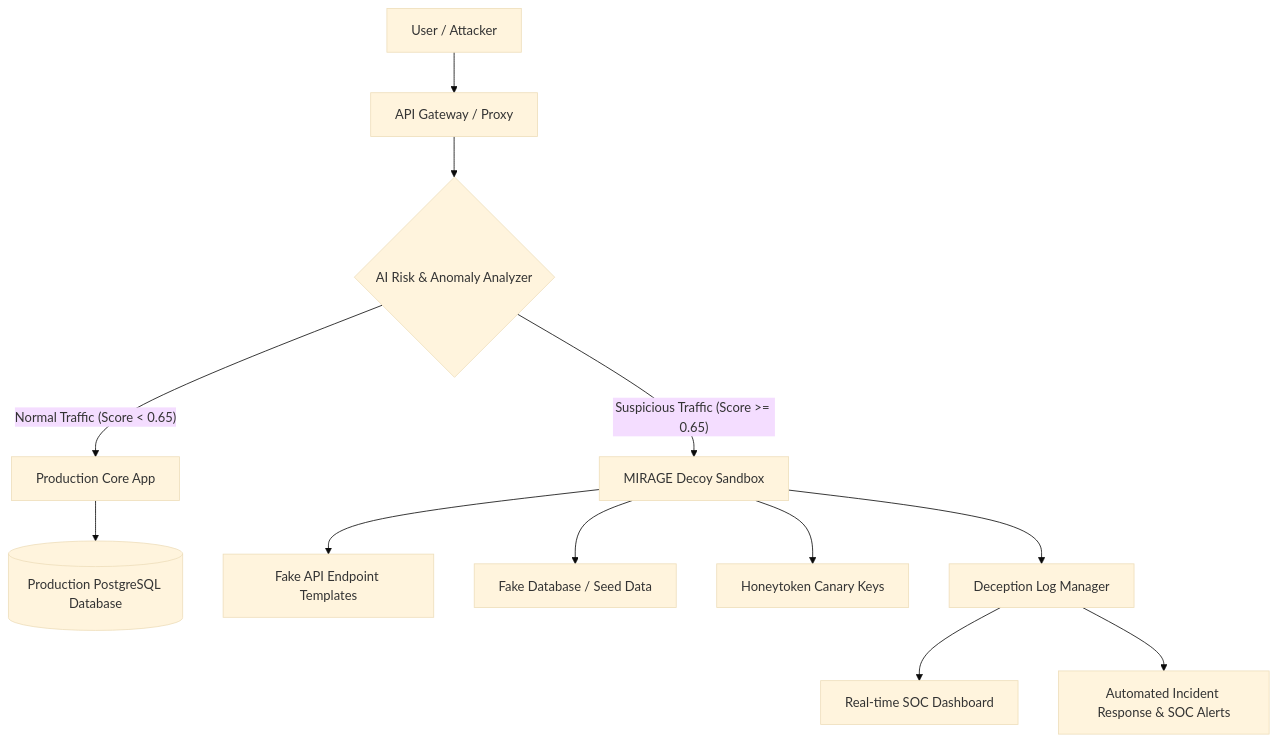
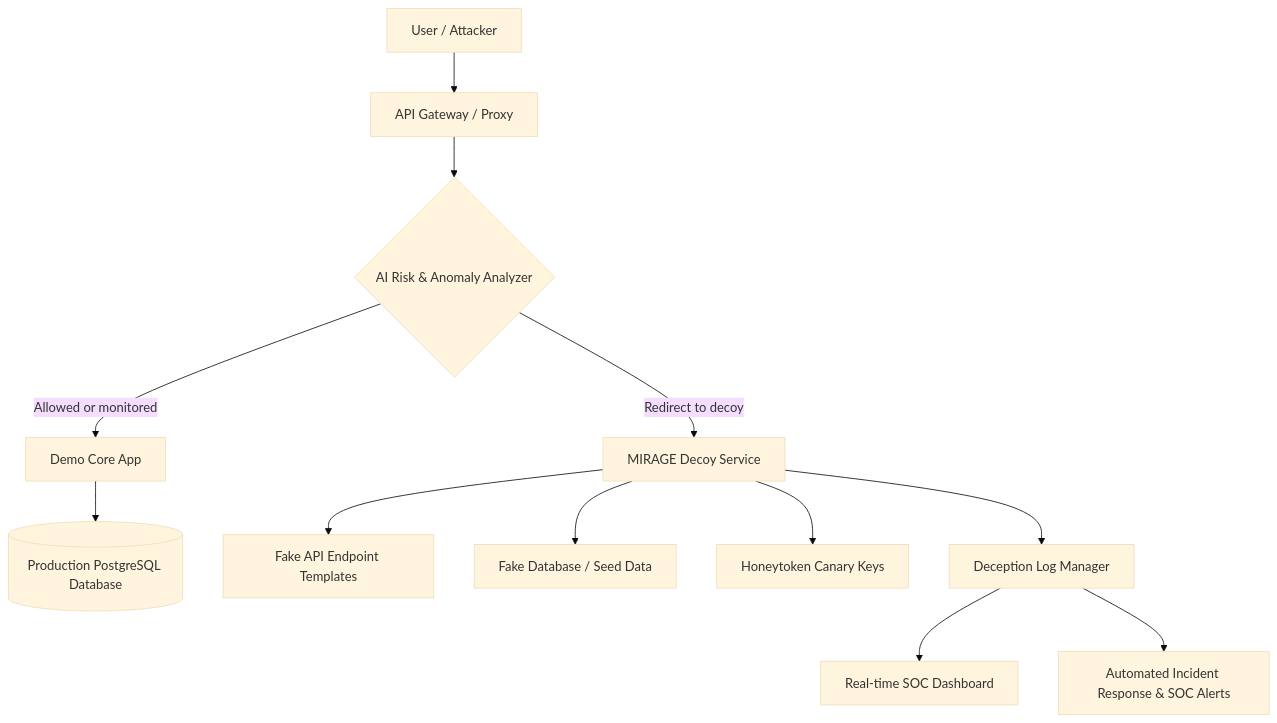
The diagram in README.md (rafienajwan/mirage), drawn with Mermaid (base theme) before and after one commit. The commit also changed other lines of this file and 4 other files, not shown here.

Commit message:
docs: document proxy routing architecture

````diff
--- a/README.md
+++ b/README.md
@@ -69,17 +70,17 @@
 ```mermaid
 graph TD
     A[User / Attacker] --> B[API Gateway / Proxy]
     B --> C{AI Risk & Anomaly Analyzer}
     
-    C -- "Normal Traffic (Score < 0.65)" --> D[Production Core App]
+    C -- "Allowed or monitored" --> D[Demo Core App]
     D --> E[(Production PostgreSQL Database)]
     
-    C -- "Suspicious Traffic (Score >= 0.65)" --> F[MIRAGE Decoy Sandbox]
+    C -- "Redirect to decoy" --> F[MIRAGE Decoy Service]
     F --> G[Fake API Endpoint Templates]
     F --> H[Fake Database / Seed Data]
     F --> I[Honeytoken Canary Keys]
     
     F --> J[Deception Log Manager]
     J --> K[Real-time SOC Dashboard]
     J --> L[Automated Incident Response & SOC Alerts]
 ```
````
